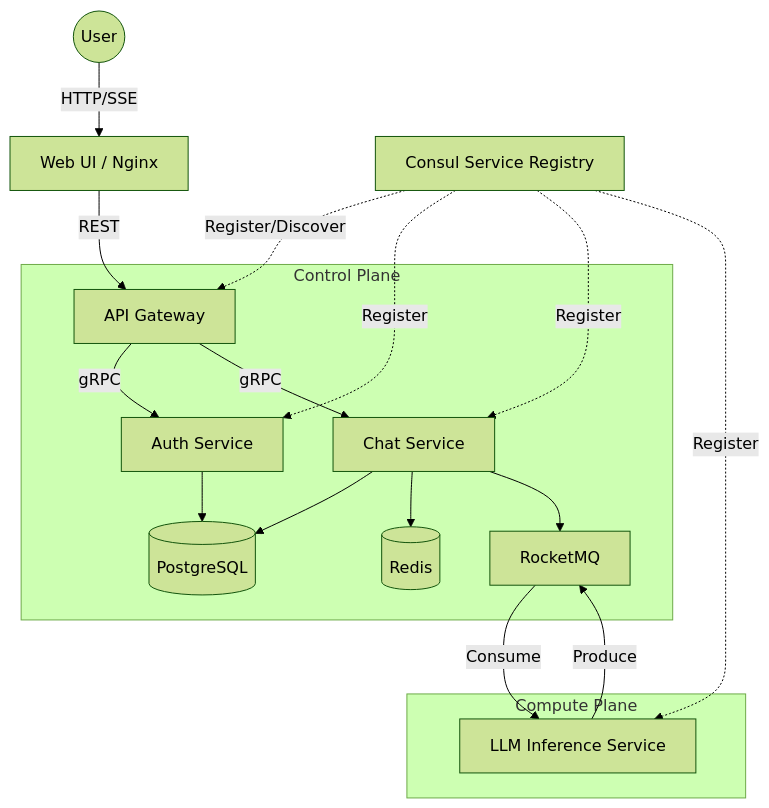
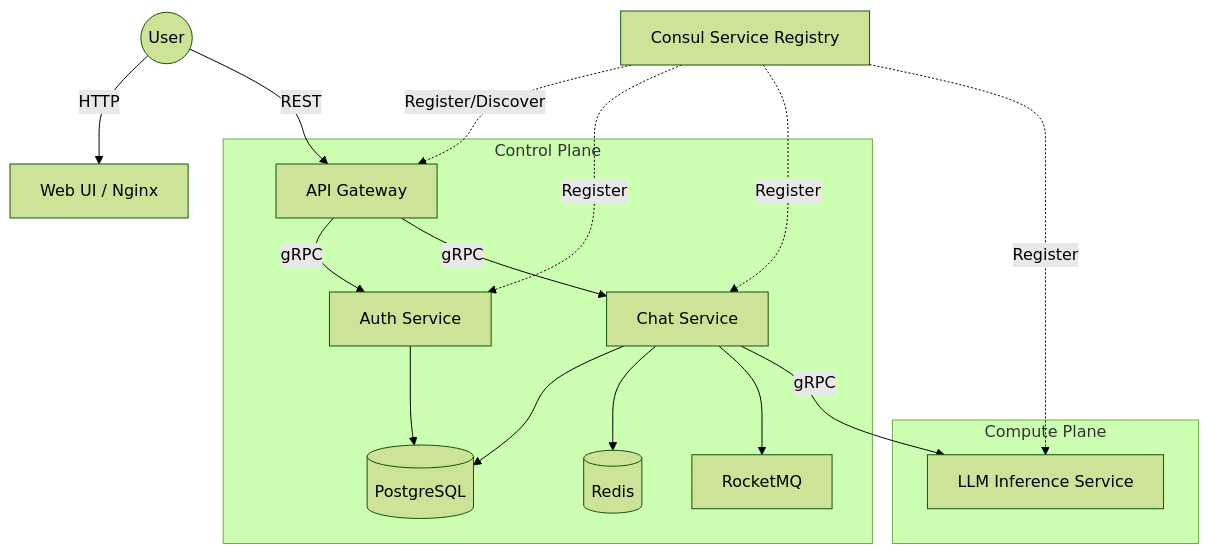
The first of 2 diagrams in README.md (Einspanner123/free-chat), drawn with Mermaid (forest theme) before and after one commit. The commit also changed other lines of this file and 1 other file, not shown here.

````diff
--- a/README.md
+++ b/README.md
@@ -12,24 +12,23 @@
 ```mermaid
 graph TD
-    User((User)) -->|HTTP/SSE| Nginx[Web UI / Nginx]
-    Nginx -->|REST| Gateway[API Gateway]
+    User((User)) -->|HTTP| WebUI[Web UI / Nginx]
+    User -->|REST| Gateway[API Gateway]
     
     subgraph "Control Plane"
         Gateway -->|gRPC| Auth[Auth Service]
         Gateway -->|gRPC| Chat[Chat Service]
         Auth --> DB[(PostgreSQL)]
         Chat --> DB
         Chat --> Redis[(Redis)]
         Chat --> MQ[RocketMQ]
     end
     
     subgraph "Compute Plane"
-        MQ -->|Consume| LLM[LLM Inference Service]
-        LLM -->|Produce| MQ
+        Chat -->|gRPC| LLM[LLM Inference Service]
     end
     
     Consul[Consul Service Registry] -.->|Register/Discover| Gateway
     Consul -.->|Register| Auth
     Consul -.->|Register| Chat
     Consul -.->|Register| LLM
 ```
````
